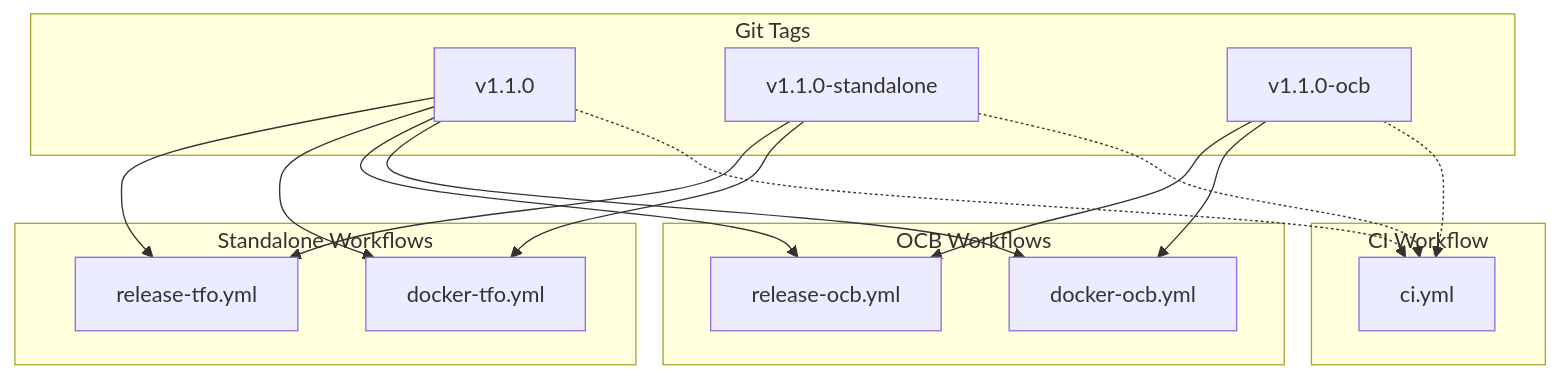
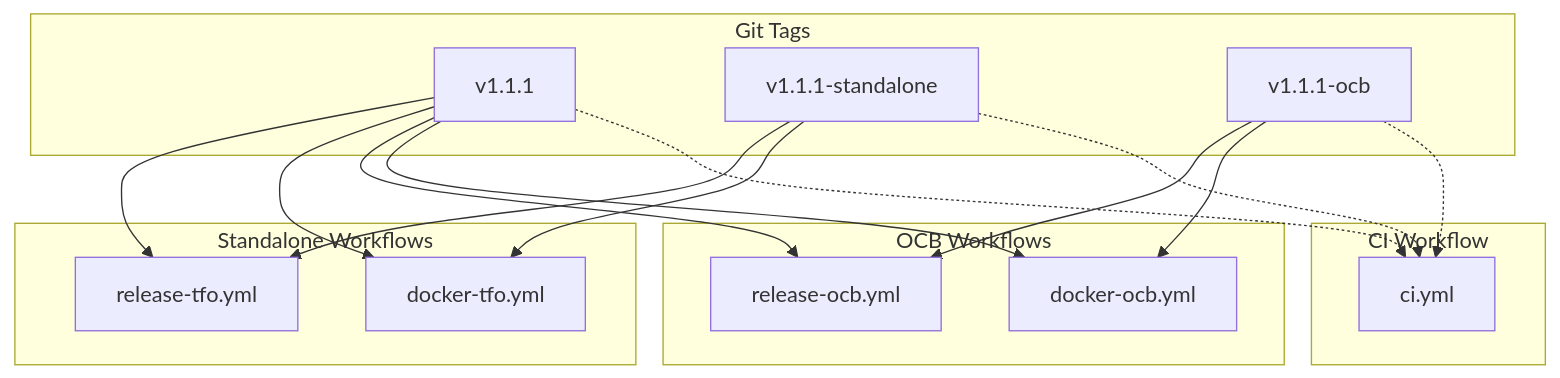
One commit to telemetryflow/telemetryflow-collector changed diagram 13 of 21 in docs/GITHUB-WORKFLOWS.md. Above: the diagram before and after it, drawn with Mermaid. The commit also changed other lines of this file and 18 other files, not shown here.

````diff
--- a/docs/GITHUB-WORKFLOWS.md
+++ b/docs/GITHUB-WORKFLOWS.md
@@ -470,35 +470,35 @@
 ```mermaid
 flowchart TD
     subgraph "Git Tags"
-        V1[v1.1.0]
-        V2[v1.1.0-standalone]
-        V3[v1.1.0-ocb]
+        V1[v1.1.1]
+        V2[v1.1.1-standalone]
+        V3[v1.1.1-ocb]
     end
 
     subgraph "Standalone Workflows"
         RST[release-tfo.yml]
         DST[docker-tfo.yml]
     end
 
     subgraph "OCB Workflows"
         ROCB[release-ocb.yml]
         DOCB[docker-ocb.yml]
     end
 
     subgraph "CI Workflow"
         CIW[ci.yml]
     end
 
     V1 --> RST
     V1 --> DST
     V1 --> ROCB
     V1 --> DOCB
     V2 --> RST
     V2 --> DST
     V3 --> ROCB
     V3 --> DOCB
 
     V1 -.-> CIW
     V2 -.-> CIW
     V3 -.-> CIW
 ```
````
